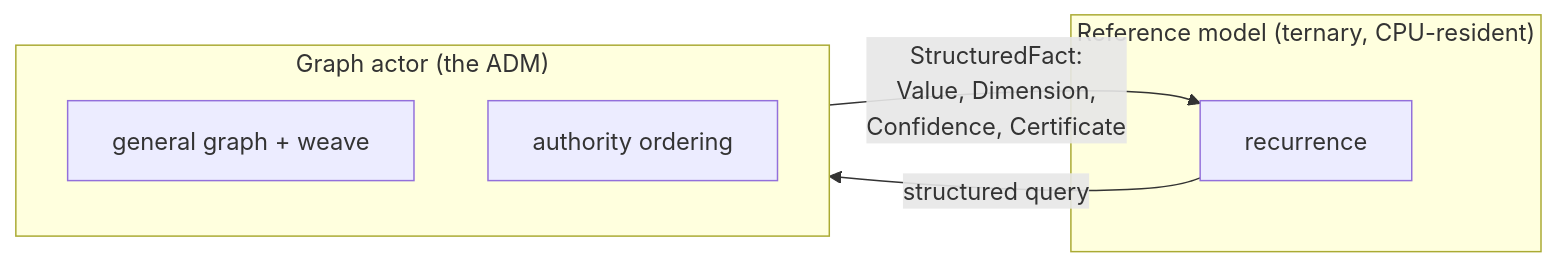
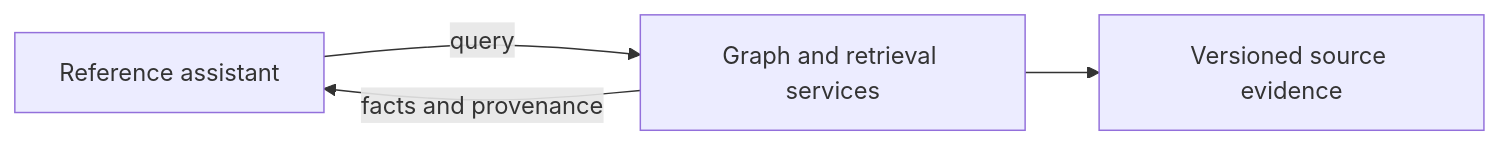
One commit to FidelityFramework/Atelier changed the diagram in docs/knowledge-layer/06_reference_model.md. Above: the diagram before and after it, drawn with Mermaid. The commit also changed other lines of this file and 21 other files, not shown here.

````diff
--- a/docs/knowledge-layer/06_reference_model.md
+++ b/docs/knowledge-layer/06_reference_model.md
@@ -11,12 +15,9 @@
 ```mermaid
 flowchart LR
-    subgraph model["Reference model (ternary, CPU-resident)"]
-        rec["recurrence"]
-    end
-    subgraph actor["Graph actor (the ADM)"]
-        general["general graph + weave"]
-        strata["authority ordering"]
-    end
-    rec -- "structured query" --> actor
-    actor -- "StructuredFact:<br/>Value, Dimension,<br/>Confidence, Certificate" --> rec
+    model["Reference assistant"]
+    actor["Graph and retrieval services"]
+    sources["Versioned source evidence"]
+    model -- "query" --> actor
+    actor --> sources
+    actor -- "facts and provenance" --> model
 ```
````
